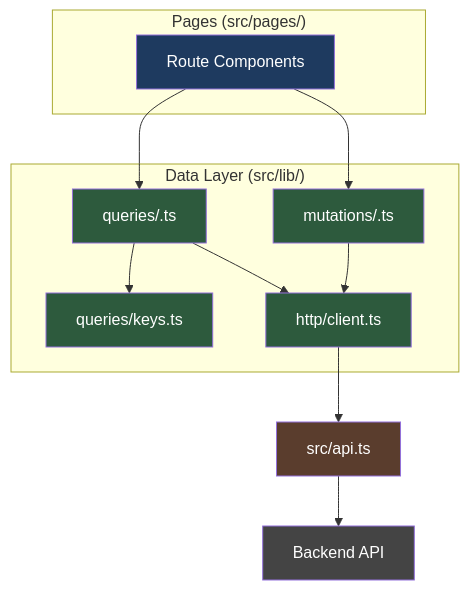
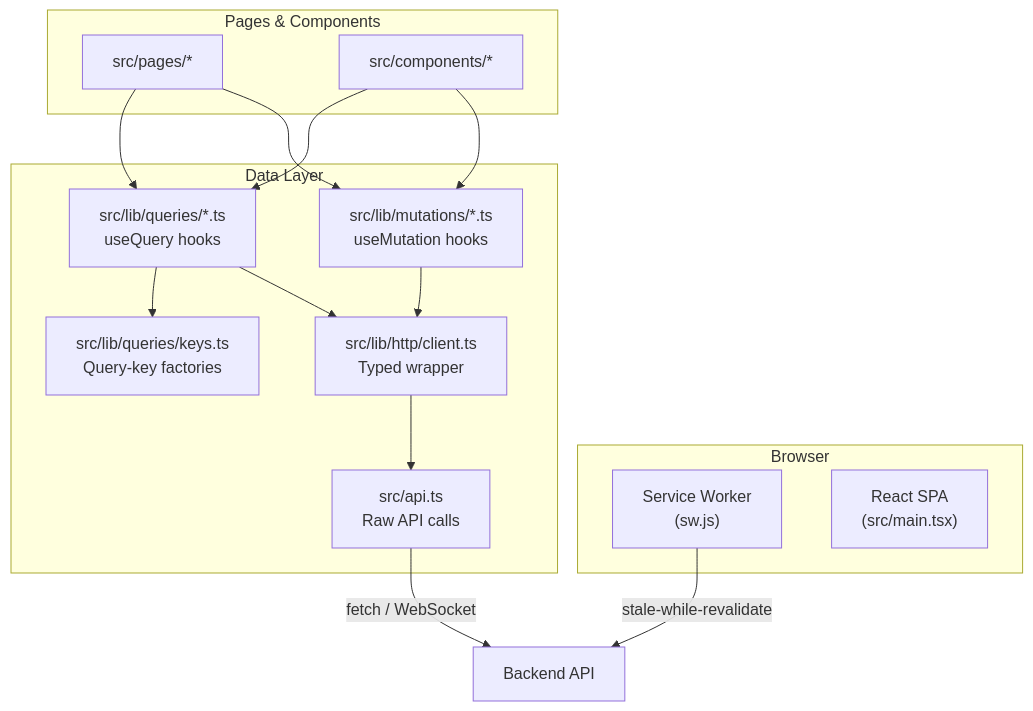
One commit to leszek3737/librefang-WIki changed the diagram in other-librefang-api-dashboard.md. Above: the diagram before and after it, drawn with Mermaid. The commit also changed other lines of this file and 122 other files, not shown here.

````diff
--- a/other-librefang-api-dashboard.md
+++ b/other-librefang-api-dashboard.md
@@ -9,30 +12,31 @@
 ```mermaid
 graph TD
-    subgraph "Pages (src/pages/)"
-        P[Route Components]
+    subgraph "Browser"
+        SW["Service Worker<br/>(sw.js)"]
+        SPA["React SPA<br/>(src/main.tsx)"]
     end
-    subgraph "Data Layer (src/lib/)"
-        Q[queries/<domain>.ts]
-        M[mutations/<domain>.ts]
-        K[queries/keys.ts]
-        H[http/client.ts]
+
+    subgraph "Data Layer"
+        API["src/api.ts<br/>Raw API calls"]
+        HTTP["src/lib/http/client.ts<br/>Typed wrapper"]
+        QK["src/lib/queries/keys.ts<br/>Query-key factories"]
+        Q["src/lib/queries/*.ts<br/>useQuery hooks"]
+        M["src/lib/mutations/*.ts<br/>useMutation hooks"]
     end
-    API[src/api.ts]
-    BE[Backend API]
+
+    subgraph "Pages & Components"
+        P["src/pages/*"]
+        C["src/components/*"]
+    end
 
     P --> Q
     P --> M
-    Q --> K
-    Q --> H
-    M --> H
-    H --> API
-    API --> BE
-
-    style P fill:#1e3a5f,color:#fff
-    style Q fill:#2d5a3d,color:#fff
-    style M fill:#2d5a3d,color:#fff
-    style K fill:#2d5a3d,color:#fff
-    style H fill:#2d5a3d,color:#fff
-    style API fill:#5a3d2d,color:#fff
-    style BE fill:#444,color:#fff
+    C --> Q
+    C --> M
+    Q --> QK
+    Q --> HTTP
+    M --> HTTP
+    HTTP --> API
+    API -->|"fetch / WebSocket"| Backend["Backend API"]
+    SW -->|"stale-while-revalidate"| Backend
 ```
````
